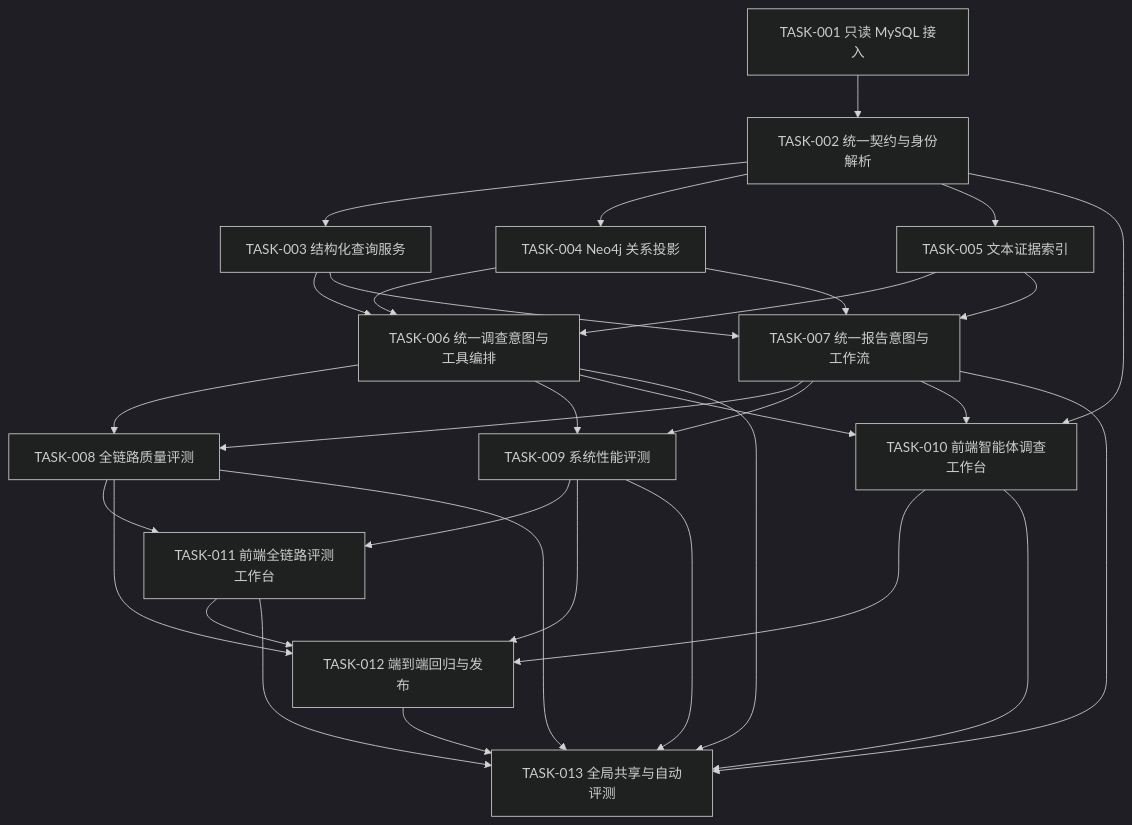
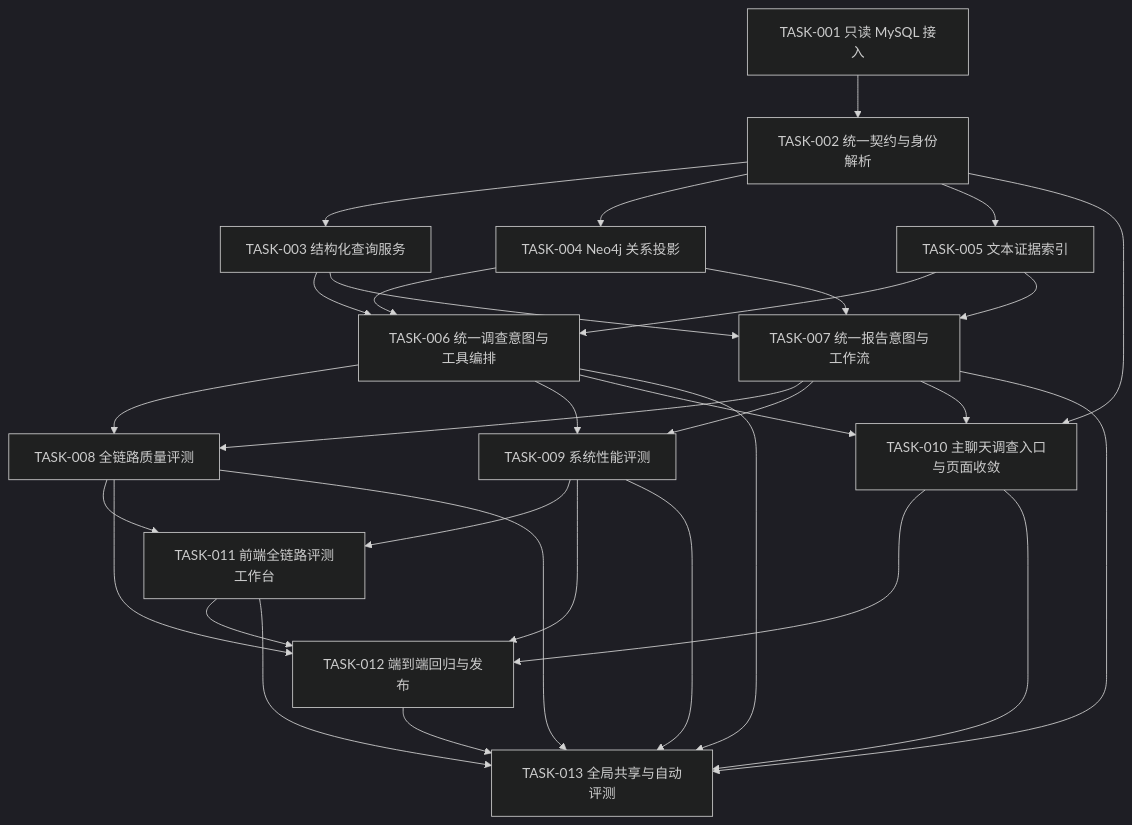
The diagram in tasks/company-due-diligence/README.md (1yu2/company-relation), drawn with Mermaid (dark theme) before and after one commit. The commit also changed other lines of this file and 23 other files, not shown here.

````diff
--- a/tasks/company-due-diligence/README.md
+++ b/tasks/company-due-diligence/README.md
@@ -19,47 +19,47 @@
 ```mermaid
 flowchart TD
     T001[TASK-001 只读 MySQL 接入]
     T002[TASK-002 统一契约与身份解析]
     T003[TASK-003 结构化查询服务]
     T004[TASK-004 Neo4j 关系投影]
     T005[TASK-005 文本证据索引]
     T006[TASK-006 统一调查意图与工具编排]
     T007[TASK-007 统一报告意图与工作流]
     T008[TASK-008 全链路质量评测]
     T009[TASK-009 系统性能评测]
-    T010[TASK-010 前端智能体调查工作台]
+    T010[TASK-010 主聊天调查入口与页面收敛]
     T011[TASK-011 前端全链路评测工作台]
     T012[TASK-012 端到端回归与发布]
     T013[TASK-013 全局共享与自动评测]
 
     T001 --> T002
     T002 --> T003
     T002 --> T004
     T002 --> T005
     T003 --> T006
     T004 --> T006
     T005 --> T006
     T003 --> T007
     T004 --> T007
     T005 --> T007
     T006 --> T008
     T007 --> T008
     T006 --> T009
     T007 --> T009
     T002 --> T010
     T006 --> T010
     T007 --> T010
     T008 --> T011
     T009 --> T011
     T010 --> T012
     T011 --> T012
     T008 --> T012
     T009 --> T012
     T006 --> T013
     T007 --> T013
     T008 --> T013
     T009 --> T013
     T010 --> T013
     T011 --> T013
     T012 --> T013
 ```
````
